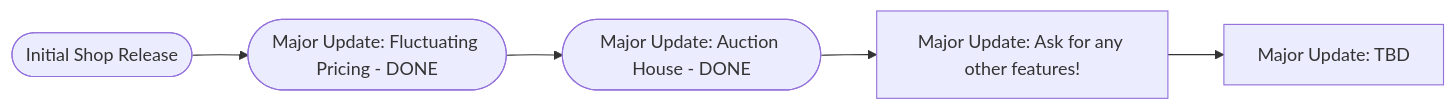
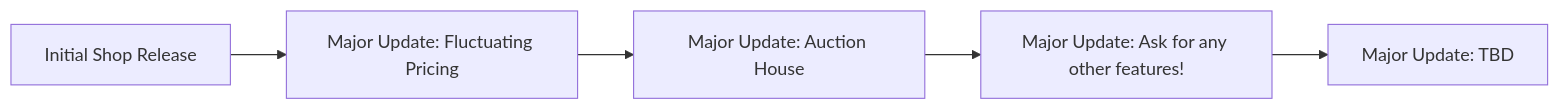
Before and after one commit to Velocity-R/Velocitys-Shop: the diagram in README.md, drawn with Mermaid. The commit also changed other lines of this file, not shown here.

````diff
--- a/README.md
+++ b/README.md
@@ -15,9 +15,9 @@
 ```mermaid
 flowchart LR
     %% Phase# --> Phase#[Major Update: ] P#_Sub#[Minor Update: ]
 
-    Start([Initial Shop Release]) --> Phase1([Major Update: Fluctuating Pricing - DONE])
-    Phase1 --> Phase2([Major Update: Auction House - DONE])
+    Start[Initial Shop Release] --> Phase1[Major Update: Fluctuating Pricing]
+    Phase1 --> Phase2[Major Update: Auction House]
     Phase2 --> Phase3[Major Update: Ask for any other features!]
     Phase3 --> End[Major Update: TBD]
 ```
````
